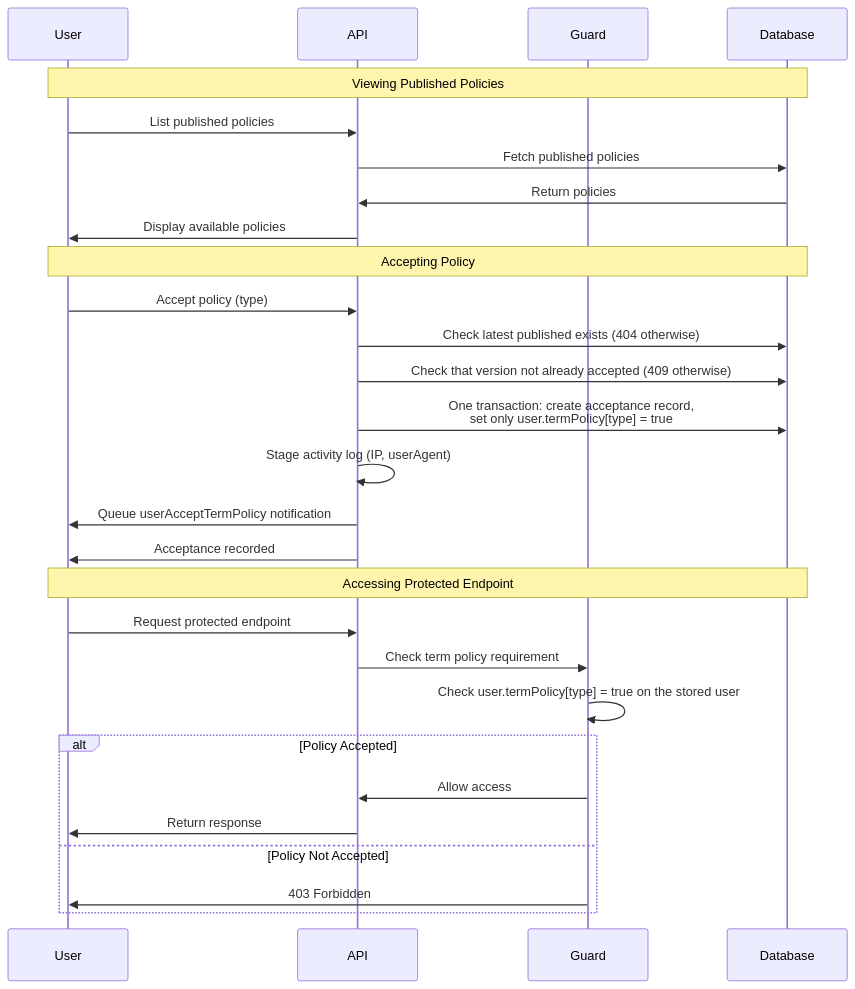
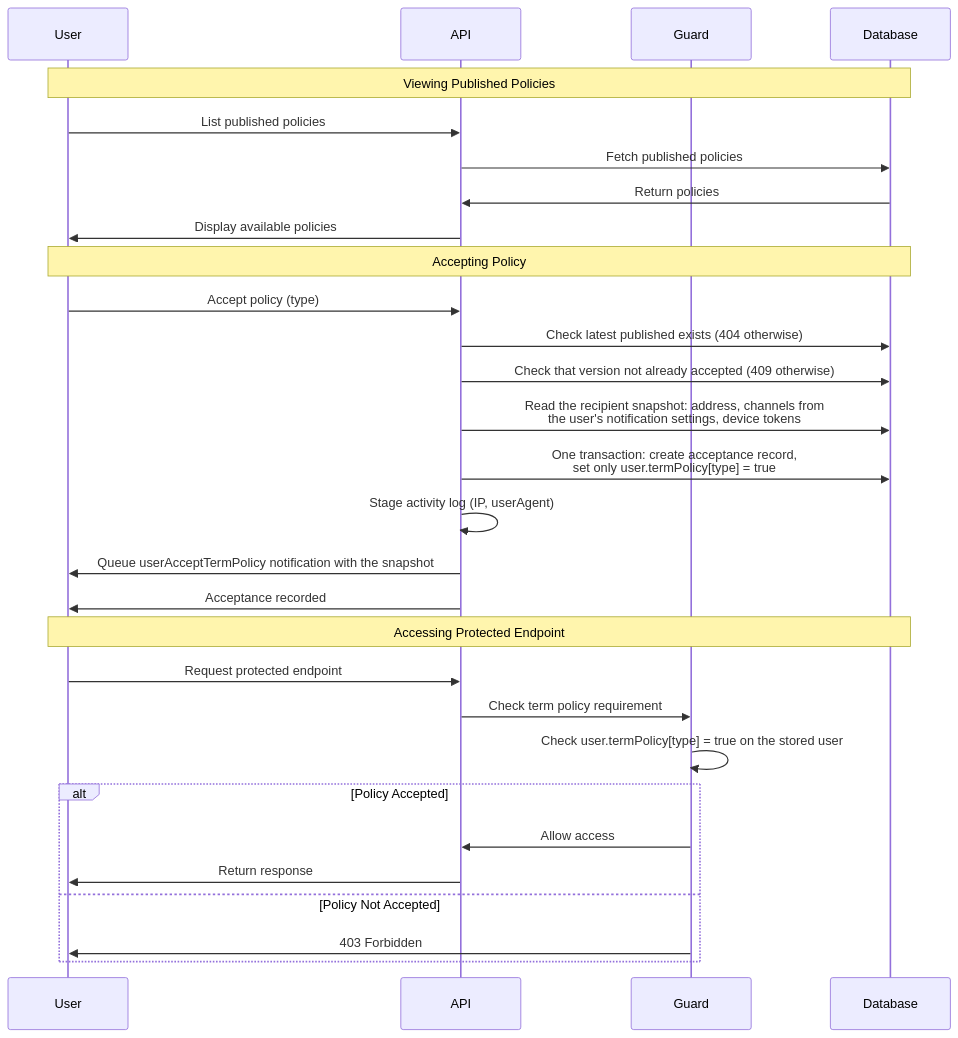
One commit to andrechristikan/ack-nestjs-boilerplate changed the second of 3 diagrams in docs/term-policy.md. Above: the diagram before and after it, drawn with Mermaid. The commit also changed other lines of this file and 102 other files, not shown here.

Commit message:
feat(notification): Snapshot job recipients and preferences at enqueue

````diff
--- a/docs/term-policy.md
+++ b/docs/term-policy.md
@@ -168,36 +175,37 @@
 ```mermaid
 sequenceDiagram
     participant User
     participant API
     participant Guard
     participant Database
 
     Note over User,Database: Viewing Published Policies
 
     User->>API: List published policies
     API->>Database: Fetch published policies
     Database->>API: Return policies
     API->>User: Display available policies
 
     Note over User,Database: Accepting Policy
 
     User->>API: Accept policy (type)
     API->>Database: Check latest published exists (404 otherwise)
     API->>Database: Check that version not already accepted (409 otherwise)
+    API->>Database: Read the recipient snapshot: address, channels from<br/>the user's notification settings, device tokens
     API->>Database: One transaction: create acceptance record,<br/>set only user.termPolicy[type] = true
     API->>API: Stage activity log (IP, userAgent)
-    API->>User: Queue userAcceptTermPolicy notification
+    API->>User: Queue userAcceptTermPolicy notification with the snapshot
     API->>User: Acceptance recorded
 
     Note over User,Database: Accessing Protected Endpoint
 
     User->>API: Request protected endpoint
     API->>Guard: Check term policy requirement
     Guard->>Guard: Check user.termPolicy[type] = true on the stored user
     alt Policy Accepted
         Guard->>API: Allow access
         API->>User: Return response
     else Policy Not Accepted
         Guard->>User: 403 Forbidden
     end
 ```
````
